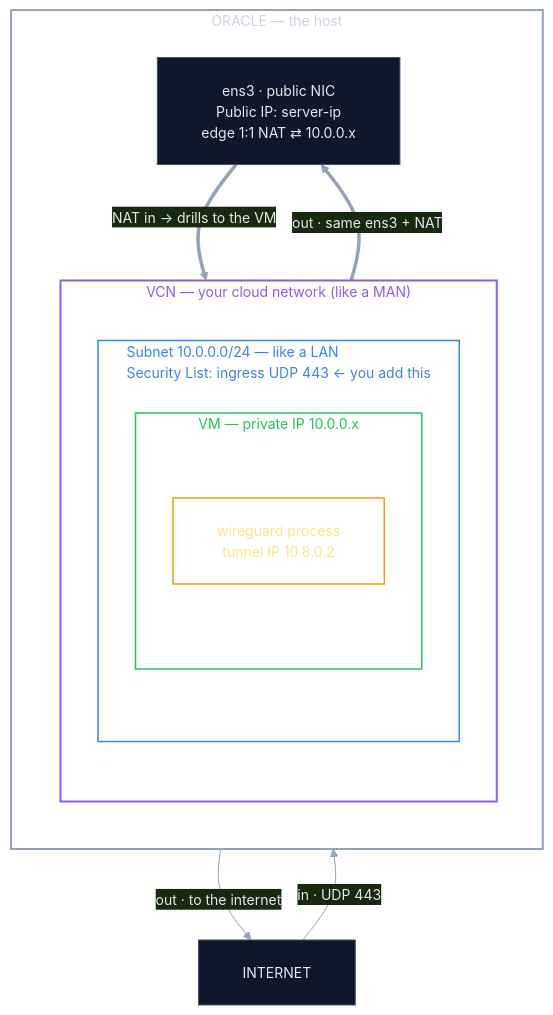
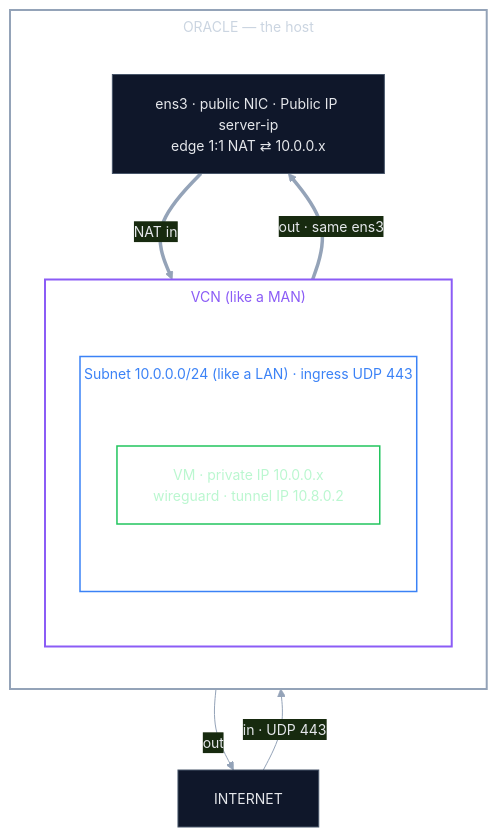
One commit to codereyinish/ColdVPN changed the diagram in server/CREATE-VM.md. Above: the diagram before and after it, drawn with Mermaid.

Commit message:
CREATE-VM diagram: single-line subgraph titles + fewer levels to stop title overlap

````diff
--- a/server/CREATE-VM.md
+++ b/server/CREATE-VM.md
@@ -17,32 +17,28 @@
 ```mermaid
-%%{init: {'theme':'base','themeVariables':{'primaryColor':'#0f172a','primaryTextColor':'#e5e7eb','primaryBorderColor':'#475569','lineColor':'#94a3b8','fontSize':'14px'},'flowchart':{'padding':22,'nodeSpacing':55,'rankSpacing':70}}}%%
+%%{init: {'theme':'base','themeVariables':{'primaryColor':'#0f172a','primaryTextColor':'#e5e7eb','primaryBorderColor':'#475569','lineColor':'#94a3b8','fontSize':'14px'},'flowchart':{'padding':18,'nodeSpacing':50,'rankSpacing':60,'subGraphTitleMargin':{'top':6,'bottom':16}}}}%%
 flowchart TB
     NET["INTERNET"]
 
     subgraph ORACLE["ORACLE — the host"]
         direction TB
-        EDGE["ens3 · public NIC<br/>Public IP: server-ip<br/>edge 1:1 NAT ⇄ 10.0.0.x"]
+        EDGE["ens3 · public NIC · Public IP server-ip<br/>edge 1:1 NAT ⇄ 10.0.0.x"]
 
-        subgraph VCN["VCN — your cloud network (like a MAN)"]
+        subgraph VCN["VCN (like a MAN)"]
             direction TB
-            subgraph SUB["Subnet 10.0.0.0/24 — like a LAN<br/>Security List: ingress UDP 443 ← you add this"]
+            subgraph SUB["Subnet 10.0.0.0/24 (like a LAN) · ingress UDP 443"]
                 direction TB
-                subgraph VM["VM — private IP 10.0.0.x"]
-                    direction TB
-                    WG["wireguard process<br/>tunnel IP 10.8.0.2"]
-                end
+                VM["VM · private IP 10.0.0.x<br/>wireguard · tunnel IP 10.8.0.2"]
             end
         end
     end
 
     NET -->|"in · UDP 443"| EDGE
-    EDGE ==>|"NAT in → drills to the VM"| WG
-    WG ==>|"out · same ens3 + NAT"| EDGE
-    EDGE -->|"out · to the internet"| NET
+    EDGE ==>|"NAT in"| VM
+    VM ==>|"out · same ens3"| EDGE
+    EDGE -->|"out"| NET
 
     style ORACLE fill:none,stroke:#94a3b8,stroke-width:2px,color:#cbd5e1
     style VCN fill:none,stroke:#8b5cf6,stroke-width:2px,color:#8b5cf6
     style SUB fill:none,stroke:#3b82f6,stroke-width:1.5px,color:#3b82f6
-    style VM fill:none,stroke:#22c55e,stroke-width:1.5px,color:#22c55e
-    style WG fill:none,stroke:#f59e0b,stroke-width:1.5px,color:#fde68a
+    style VM fill:none,stroke:#22c55e,stroke-width:1.5px,color:#bbf7d0
 ```
````
